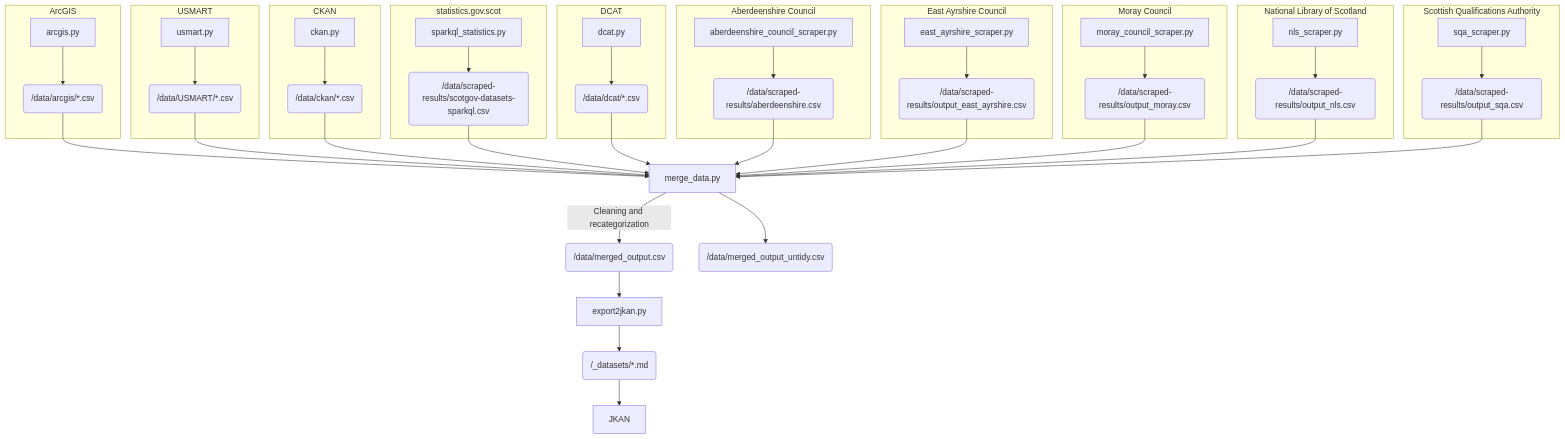
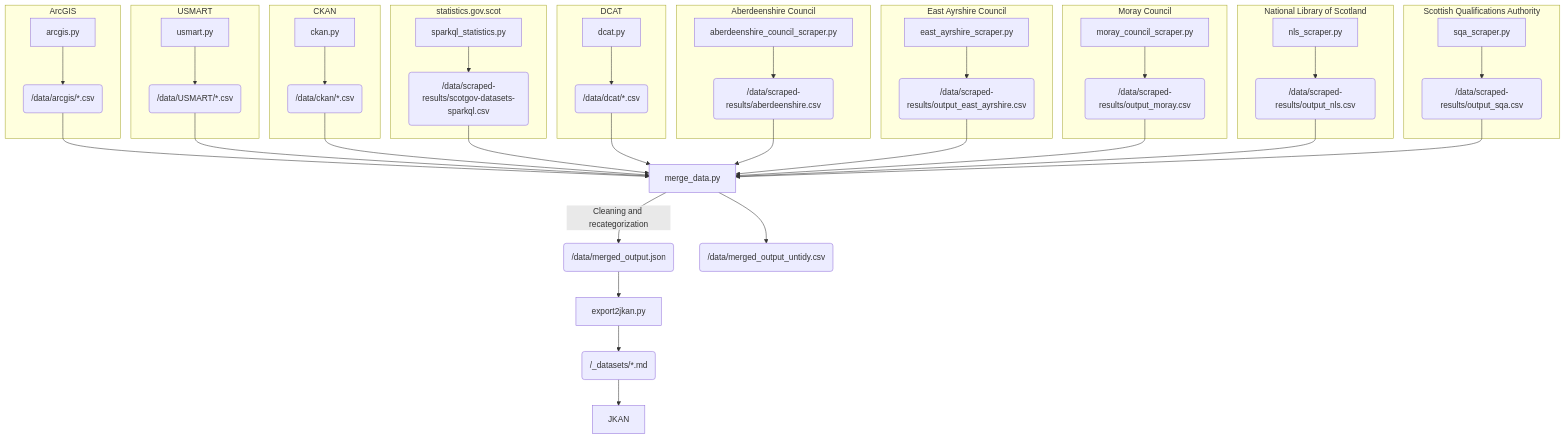
One commit to OpenDataScotland/opendata.scot_docs changed the diagram in docs/architecture/architecture.md. Above: the diagram before and after it, drawn with Mermaid. The commit also changed 3 other files, not shown here.

Commit message:
docs: updated docs to reference merged_output.json instead of .csv

````diff
--- a/docs/architecture/architecture.md
+++ b/docs/architecture/architecture.md
@@ -6,48 +6,48 @@
 ```mermaid
 graph TD
     subgraph ArcGIS
     arcgis1[arcgis.py] --> arcgis2(/data/arcgis/*.csv)
     end
     subgraph USMART
     usmart1[usmart.py] --> usmart2(/data/USMART/*.csv)
     end
     subgraph CKAN
     ckan1[ckan.py] --> ckan2(/data/ckan/*.csv)
     end
     subgraph statistics.gov.scot
     stats1[sparkql_statistics.py] --> stats2(/data/scraped-results/scotgov-datasets-sparkql.csv)
     end
     subgraph DCAT
     dcat1[dcat.py] --> dcat2(/data/dcat/*.csv)
     end
     subgraph Aberdeenshire Council
     abdn1[aberdeenshire_council_scraper.py] --> abdn2(/data/scraped-results/aberdeenshire.csv)
     end
     subgraph East Ayrshire Council
     ea1[east_ayrshire_scraper.py] --> ea2(/data/scraped-results/output_east_ayrshire.csv)
     end
     subgraph Moray Council
     moray1[moray_council_scraper.py] --> moray2(/data/scraped-results/output_moray.csv)
     end
     subgraph National Library of Scotland
     nls1[nls_scraper.py] --> nls2(/data/scraped-results/output_nls.csv)
     end
     subgraph Scottish Qualifications Authority
     sqa1[sqa_scraper.py] --> sqa2(/data/scraped-results/output_sqa.csv)
     end
     arcgis2 --> merge
     usmart2 --> merge
     ckan2 --> merge
     stats2 --> merge
     dcat2 --> merge
     abdn2 --> merge
     ea2 --> merge
     moray2 --> merge
     nls2 --> merge
     sqa2 --> merge
-    merge[merge_data.py] --Cleaning and recategorization--> merge1(/data/merged_output.csv)
+    merge[merge_data.py] --Cleaning and recategorization--> merge1(/data/merged_output.json)
     merge --> merge2(/data/merged_output_untidy.csv)
     merge1 --> export[export2jkan.py]
     export --> jkan1(/_datasets/*.md)
     jkan1 --> jkan2[JKAN]
 ```
````
